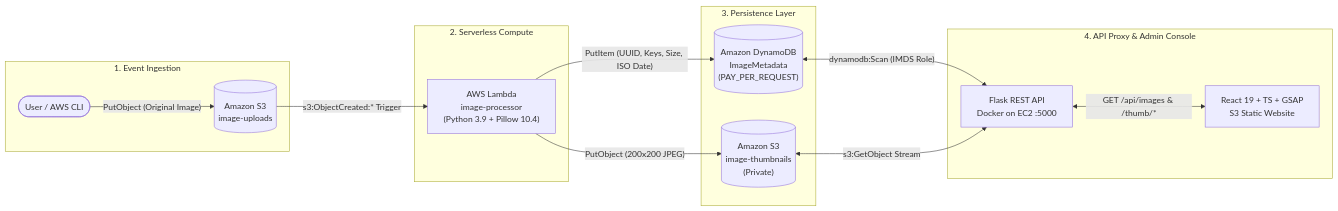
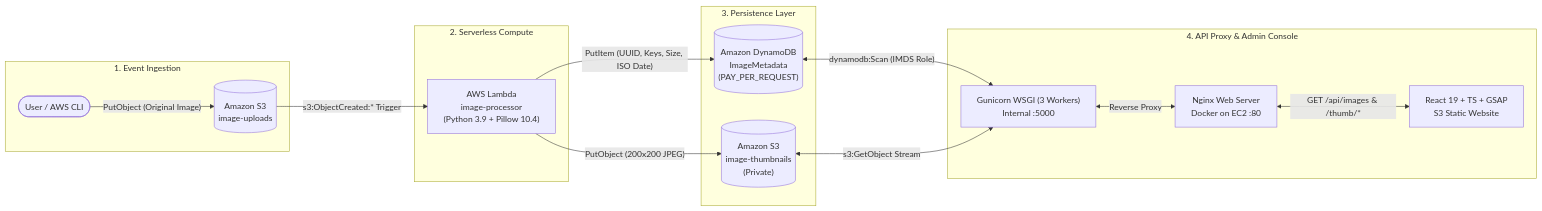
Before and after one commit to Levi9111/AWS-serverless-image-pipeline: the first of 2 diagrams in README.md, drawn with Mermaid. The commit also changed other lines of this file and 1 other file, not shown here.

Commit message:
feat: add production hardening case study and update architecture to use Nginx and Gunicorn

````diff
--- a/README.md
+++ b/README.md
@@ -65,21 +68,22 @@
 ```mermaid
 flowchart LR
     subgraph Ingestion ["1. Event Ingestion"]
         Client(["User / AWS CLI"]) -->|"PutObject (Original Image)"| S3Uploads[("Amazon S3\nimage-uploads")]
     end
 
     subgraph Serverless ["2. Serverless Compute"]
         S3Uploads -->|"s3:ObjectCreated:* Trigger"| Lambda["AWS Lambda\nimage-processor\n(Python 3.9 + Pillow 10.4)"]
     end
 
     subgraph Storage ["3. Persistence Layer"]
         Lambda -->|"PutObject (200x200 JPEG)"| S3Thumbs[("Amazon S3\nimage-thumbnails\n(Private)")]
         Lambda -->|"PutItem (UUID, Keys, Size, ISO Date)"| DynamoDB[("Amazon DynamoDB\nImageMetadata\n(PAY_PER_REQUEST)")]
     end
 
     subgraph Delivery ["4. API Proxy & Admin Console"]
-        DynamoDB <-->|"dynamodb:Scan (IMDS Role)"| FlaskAPI["Flask REST API\nDocker on EC2 :5000"]
-        S3Thumbs <-->|"s3:GetObject Stream"| FlaskAPI
-        FlaskAPI <-->|"GET /api/images & /thumb/*"| ReactUI["React 19 + TS + GSAP\nS3 Static Website"]
+        DynamoDB <-->|"dynamodb:Scan (IMDS Role)"| Gunicorn["Gunicorn WSGI (3 Workers)\nInternal :5000"]
+        S3Thumbs <-->|"s3:GetObject Stream"| Gunicorn
+        Gunicorn <-->|"Reverse Proxy"| Nginx["Nginx Web Server\nDocker on EC2 :80"]
+        Nginx <-->|"GET /api/images & /thumb/*"| ReactUI["React 19 + TS + GSAP\nS3 Static Website"]
     end
 ```
````
